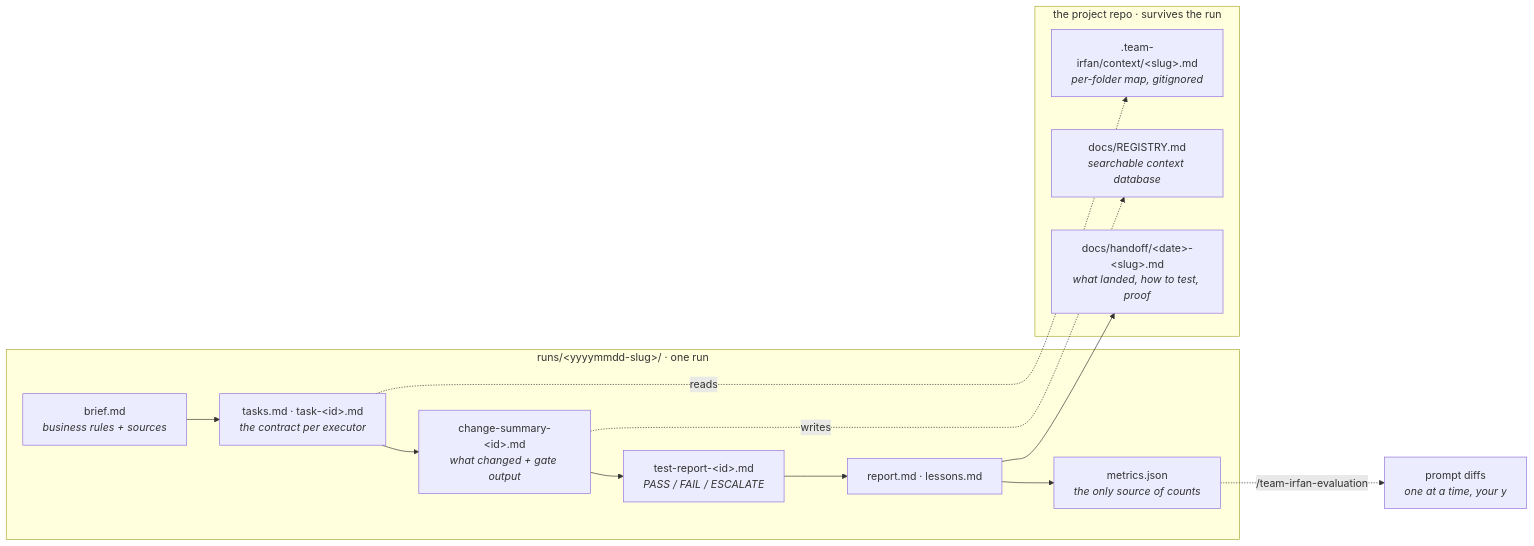
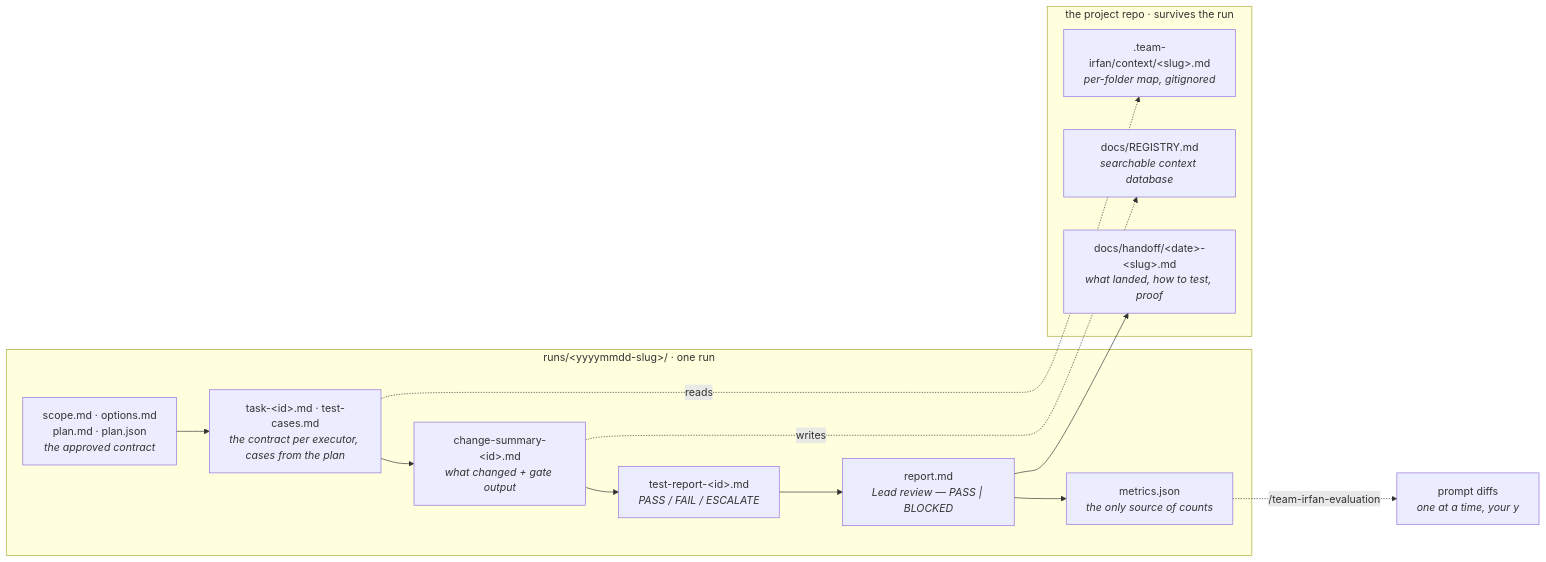
The third of 8 diagrams in docs/workflow.md (irfanguvian/team-irfan), drawn with Mermaid before and after one commit. The commit also changed other lines of this file and 10 other files, not shown here.

First line of the commit message:
docs: README + workflow.md for the 7-step FULL flow; qa rename sweep; plugin v3.0.0

````diff
--- a/docs/workflow.md
+++ b/docs/workflow.md
@@ -110,23 +115,23 @@
 ```mermaid
 flowchart LR
     subgraph RUN["runs/&lt;yyyymmdd-slug&gt;/ · one run"]
-        B["brief.md<br/><i>business rules + sources</i>"]
-        TK["tasks.md · task-&lt;id&gt;.md<br/><i>the contract per executor</i>"]
+        B["scope.md · options.md<br/>plan.md · plan.json<br/><i>the approved contract</i>"]
+        TK["task-&lt;id&gt;.md · test-cases.md<br/><i>the contract per executor, cases from the plan</i>"]
         CS["change-summary-&lt;id&gt;.md<br/><i>what changed + gate output</i>"]
         TR["test-report-&lt;id&gt;.md<br/><i>PASS / FAIL / ESCALATE</i>"]
-        RP["report.md · lessons.md"]
+        RP["report.md<br/><i>Lead review — PASS | BLOCKED</i>"]
         MT["metrics.json<br/><i>the only source of counts</i>"]
     end
 
     subgraph PROJ["the project repo · survives the run"]
         CM[".team-irfan/context/&lt;slug&gt;.md<br/><i>per-folder map, gitignored</i>"]
         RG["docs/REGISTRY.md<br/><i>searchable context database</i>"]
         HO["docs/handoff/&lt;date&gt;-&lt;slug&gt;.md<br/><i>what landed, how to test, proof</i>"]
     end
 
     B --> TK --> CS --> TR --> RP --> MT
     TK -.reads.-> CM
     CS -.writes.-> RG
     RP --> HO
     MT -.->|"/team-irfan-evaluation"| EV["prompt diffs<br/><i>one at a time, your y</i>"]
 ```
````
